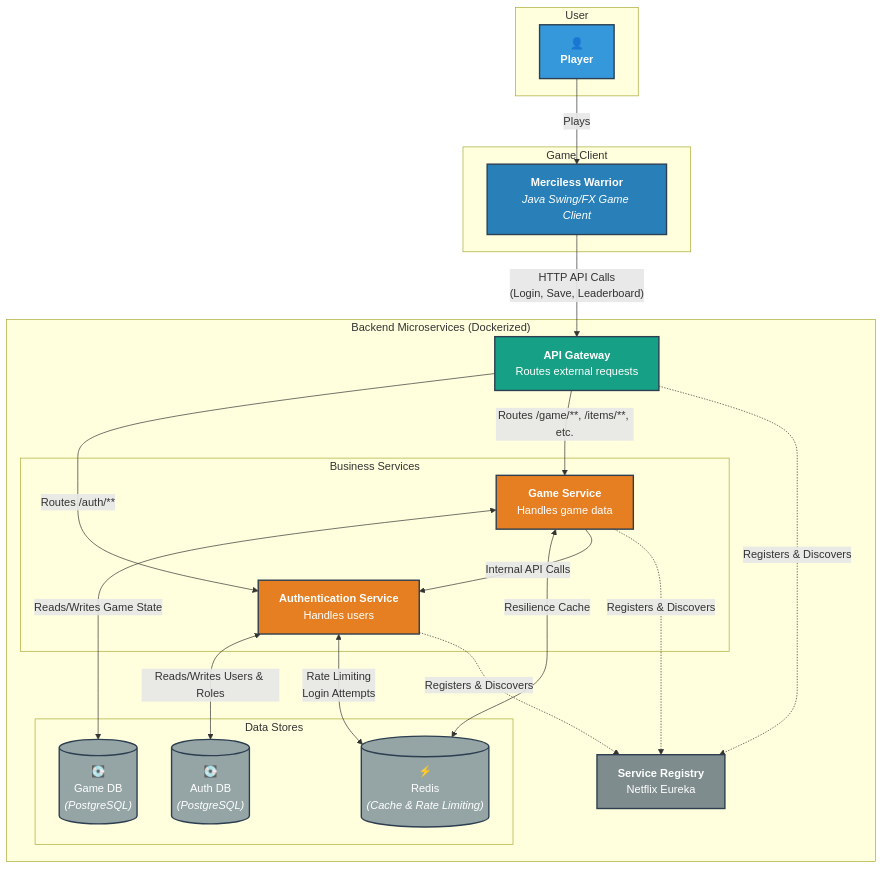
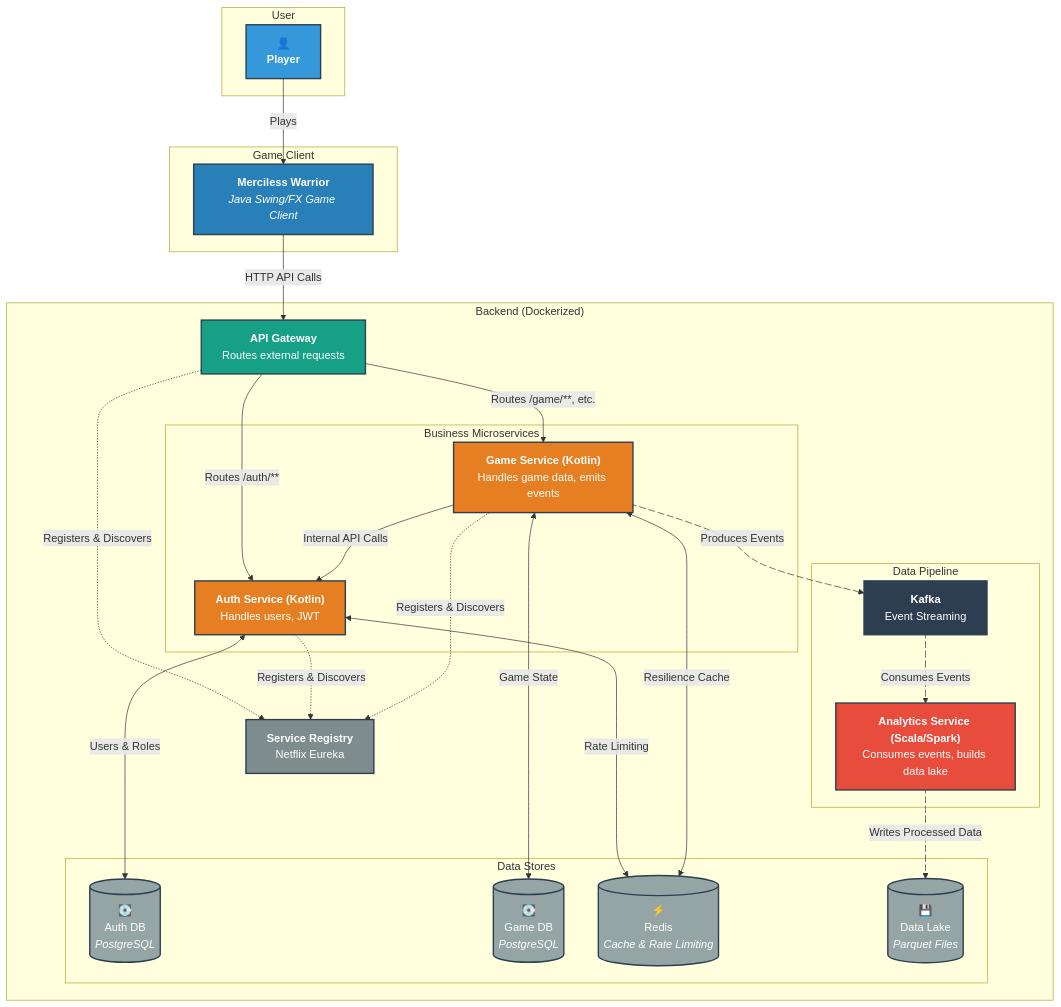
Before and after one commit to VasilijeJukic01/MercilessWarrior-Java: the diagram in README.md, drawn with Mermaid. The commit also changed other lines of this file, not shown here.

````diff
--- a/README.md
+++ b/README.md
@@ -67,55 +75,71 @@
 ```mermaid
 graph TD
     subgraph User
         Player["👤<br><b>Player</b>"]
     end
 
-    subgraph Game Client
-        Client["<b>Merciless Warrior</b><br><i>Java Swing/FX Game Client<br>"]
+    subgraph "Game Client"
+        Client["<b>Merciless Warrior</b><br><i>Java Swing/FX Game Client</i>"]
     end
 
-    subgraph "Backend Microservices (Dockerized)"
+    subgraph "Backend (Dockerized)"
         APIGW["<b>API Gateway</b><br>Routes external requests"]
         Registry["<b>Service Registry</b><br>Netflix Eureka"]
         
-        subgraph "Business Services"
-            AuthSvc["<b>Authentication Service</b><br>Handles users"]
-            GameSvc["<b>Game Service</b><br>Handles game data"]
+        subgraph "Business Microservices"
+            AuthSvc["<b>Auth Service (Kotlin)</b><br>Handles users, JWT"]
+            GameSvc["<b>Game Service (Kotlin)</b><br>Handles game data, emits events"]
+        end
+
+        subgraph "Data Pipeline"
+            Kafka["<b>Kafka</b><br>Event Streaming"]
+            AnalyticsSvc["<b>Analytics Service (Scala/Spark)</b><br>Consumes events, builds data lake"]
         end
 
         subgraph "Data Stores"
-            AuthDB[("💽<br>Auth DB<br><i>(PostgreSQL)</i>")]
-            GameDB[("💽<br>Game DB<br><i>(PostgreSQL)</i>")]
-            Redis[("⚡️<br>Redis<br><i>(Cache & Rate Limiting)</i>")]
+            AuthDB[("💽<br>Auth DB<br><i>PostgreSQL</i>")]
+            GameDB[("💽<br>Game DB<br><i>PostgreSQL</i>")]
+            Redis[("⚡️<br>Redis<br><i>Cache & Rate Limiting</i>")]
+            DataLake[("💾<br>Data Lake<br><i>Parquet Files</i>")]
         end
     end
 
     Player -- Plays --> Client
-
-    Client -- "HTTP API Calls<br>(Login, Save, Leaderboard)" --> APIGW
+    Client -- "HTTP API Calls" --> APIGW
 
     APIGW -- "Routes /auth/**" --> AuthSvc
-    APIGW -- "Routes /game/**, /items/**, etc." --> GameSvc
+    APIGW -- "Routes /game/**, etc." --> GameSvc
 
-    AuthSvc <-->|Reads/Writes Users & Roles| AuthDB
-    GameSvc <-->|Reads/Writes Game State| GameDB
+    AuthSvc <-->|Users & Roles| AuthDB
+    GameSvc <-->|Game State| GameDB
     
-    AuthSvc <-->|Rate Limiting<br>Login Attempts| Redis
+    AuthSvc <-->|Rate Limiting| Redis
     GameSvc <-->|Resilience Cache| Redis
     
     GameSvc -- "Internal API Calls" --> AuthSvc
+    GameSvc -- "Produces Events" --> Kafka
+    
+    Kafka -->|Consumes Events| AnalyticsSvc
+    AnalyticsSvc -->|Writes Processed Data| DataLake
     
     APIGW -.->|Registers & Discovers| Registry
     AuthSvc -.->|Registers & Discovers| Registry
     GameSvc -.->|Registers & Discovers| Registry
     
     style Player fill:#3498DB,stroke:#2C3E50,stroke-width:2px,color:#FFFFFF
     style Client fill:#2980B9,stroke:#2C3E50,stroke-width:2px,color:#FFFFFF
     style APIGW fill:#16A085,stroke:#2C3E50,stroke-width:2px,color:#FFFFFF
     style AuthSvc fill:#E67E22,stroke:#2C3E50,stroke-width:2px,color:#FFFFFF
     style GameSvc fill:#E67E22,stroke:#2C3E50,stroke-width:2px,color:#FFFFFF
     style Registry fill:#7F8C8D,stroke:#2C3E50,stroke-width:2px,color:#FFFFFF
+    style Kafka fill:#2C3E50,stroke:#2C3E50,stroke-width:2px,color:#FFFFFF
+    style AnalyticsSvc fill:#E74C3C,stroke:#2C3E50,stroke-width:2px,color:#FFFFFF
     style AuthDB fill:#95A5A6,stroke:#2C3E50,stroke-width:2px,color:#FFFFFF
     style GameDB fill:#95A5A6,stroke:#2C3E50,stroke-width:2px,color:#FFFFFF
     style Redis fill:#95A5A6,stroke:#2C3E50,stroke-width:2px,color:#FFFFFF
+    style DataLake fill:#95A5A6,stroke:#2C3E50,stroke-width:2px,color:#FFFFFF
+    
+    L_GameSvc_Kafka_0@{ animation: fast } 
+    L_Kafka_AnalyticsSvc_0@{ animation: fast } 
+    L_AnalyticsSvc_DataLake_0@{ animation: fast } 
 ```
````
